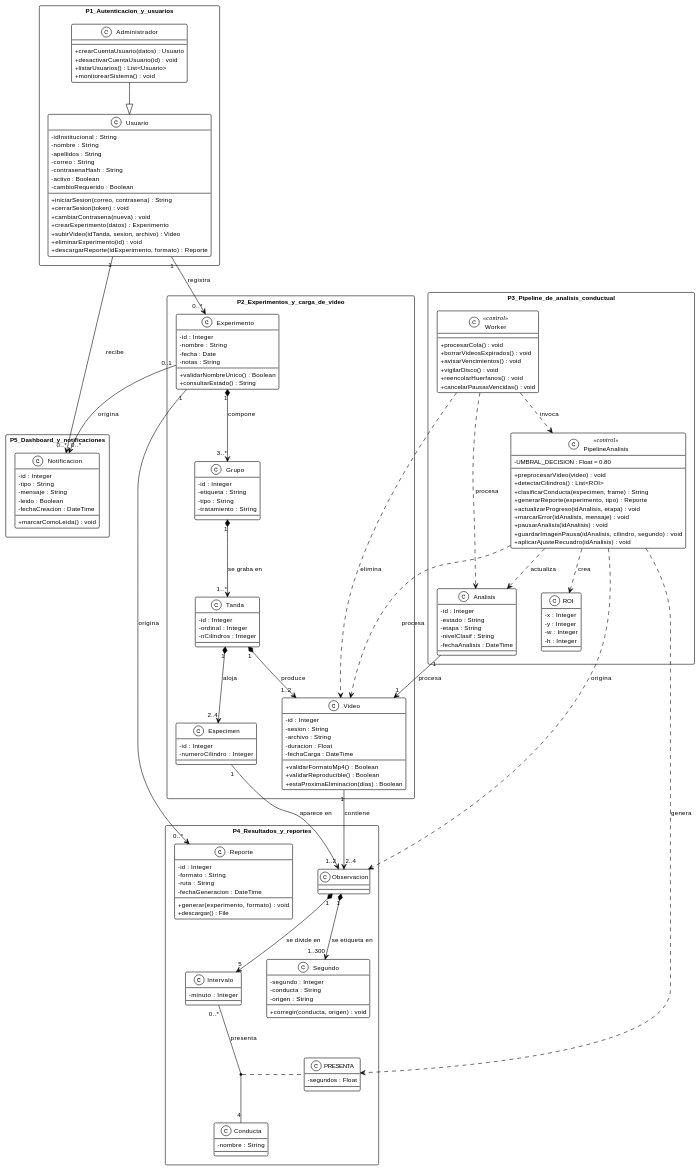
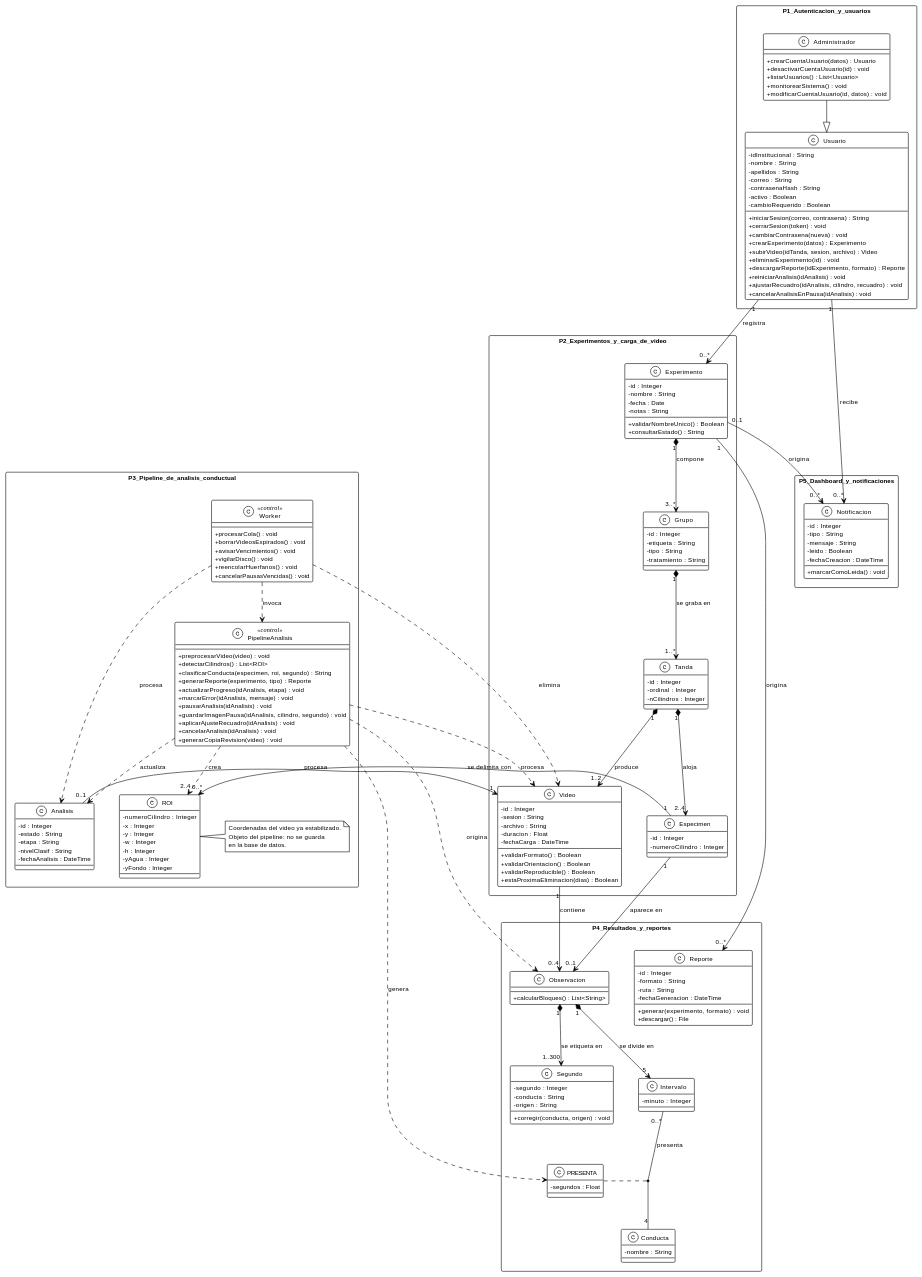
One commit to ErickJester/fst-ai-system-latex changed diagram 13 of 39 in INSTRUCCIONES-WEB.md. Above: the diagram before and after it, drawn with PlantUML. The commit also changed other lines of this file, not shown here.

First line of the commit message:
Reescribir y ajustar INSTRUCCIONES-WEB.md para que otro Claude pueda construir back y front solo con la guia

```diff
--- a/INSTRUCCIONES-WEB.md
+++ b/INSTRUCCIONES-WEB.md
@@ -1564,12 +1797,16 @@
     +subirVideo(idTanda, sesion, archivo) : Video
     +eliminarExperimento(id) : void
     +descargarReporte(idExperimento, formato) : Reporte
+    +reiniciarAnalisis(idAnalisis) : void
+    +ajustarRecuadro(idAnalisis, cilindro, recuadro) : void
+    +cancelarAnalisisEnPausa(idAnalisis) : void
   }
   class Administrador {
     +crearCuentaUsuario(datos) : Usuario
     +desactivarCuentaUsuario(id) : void
     +listarUsuarios() : List<Usuario>
     +monitorearSistema() : void
+    +modificarCuentaUsuario(id, datos) : void
   }
 }
 
@@ -1603,7 +1840,8 @@
     -archivo : String
     -duracion : Float
     -fechaCarga : DateTime
-    +validarFormatoMp4() : Boolean
+    +validarFormato() : Boolean
+    +validarOrientacion() : Boolean
     +validarReproducible() : Boolean
     +estaProximaEliminacion(dias) : Boolean
   }
@@ -1619,23 +1857,32 @@
     +cancelarPausasVencidas() : void
   }
   class PipelineAnalisis <<control>> {
-    -UMBRAL_DECISION : Float = 0.80
     +preprocesarVideo(video) : void
     +detectarCilindros() : List<ROI>
-    +clasificarConducta(especimen, frame) : String
+    +clasificarConducta(especimen, roi, segundo) : String
     +generarReporte(experimento, tipo) : Reporte
     +actualizarProgreso(idAnalisis, etapa) : void
     +marcarError(idAnalisis, mensaje) : void
     +pausarAnalisis(idAnalisis) : void
     +guardarImagenPausa(idAnalisis, cilindro, segundo) : void
     +aplicarAjusteRecuadro(idAnalisis) : void
+    +cancelarAnalisis(idAnalisis) : void
+    +generarCopiaRevision(video) : void
   }
   class ROI {
+    -numeroCilindro : Integer
     -x : Integer
     -y : Integer
     -w : Integer
     -h : Integer
+    -yAgua : Integer
+    -yFondo : Integer
   }
+  note right of ROI
+    Coordenadas del video ya estabilizado.
+    Objeto del pipeline: no se guarda
+    en la base de datos.
+  end note
   class Analisis {
     -id : Integer
     -estado : String
@@ -1647,6 +1894,7 @@
 
 package P4_Resultados_y_reportes {
   class Observacion {
+    +calcularBloques() : List<String>
   }
   class Intervalo {
     -minuto : Integer
@@ -1693,19 +1941,20 @@
 Tanda       "1" *--> "2..4" Especimen : aloja
 Tanda       "1" *--> "1..2" Video     : produce
 
-Analisis "1" --> "1" Video            : procesa
+Analisis "0..1" --> "1" Video            : procesa
 
 Worker ..> PipelineAnalisis : invoca
 Worker ..> Analisis         : procesa
 Worker ..> Video            : elimina
-PipelineAnalisis ..> ROI         : crea
+PipelineAnalisis ..> "2..4" ROI  : crea
+Especimen "1" --> "0..*" ROI     : "se delimita con"
 PipelineAnalisis ..> Video       : procesa
 PipelineAnalisis ..> Analisis    : actualiza
 PipelineAnalisis ..> Observacion : origina
 PipelineAnalisis ..> PRESENTA    : genera
 
-Especimen   "1" --> "1..2" Observacion : "aparece en"
-Video       "1" --> "2..4" Observacion : contiene
+Especimen   "1" --> "0..1" Observacion : "aparece en"
+Video       "1" --> "0..4" Observacion : contiene
 Observacion "1" *--> "5"   Intervalo   : "se divide en"
 Observacion "1" *--> "1..300" Segundo  : "se etiqueta en"
 Intervalo "0..*" -- "4" Conducta : presenta
```
